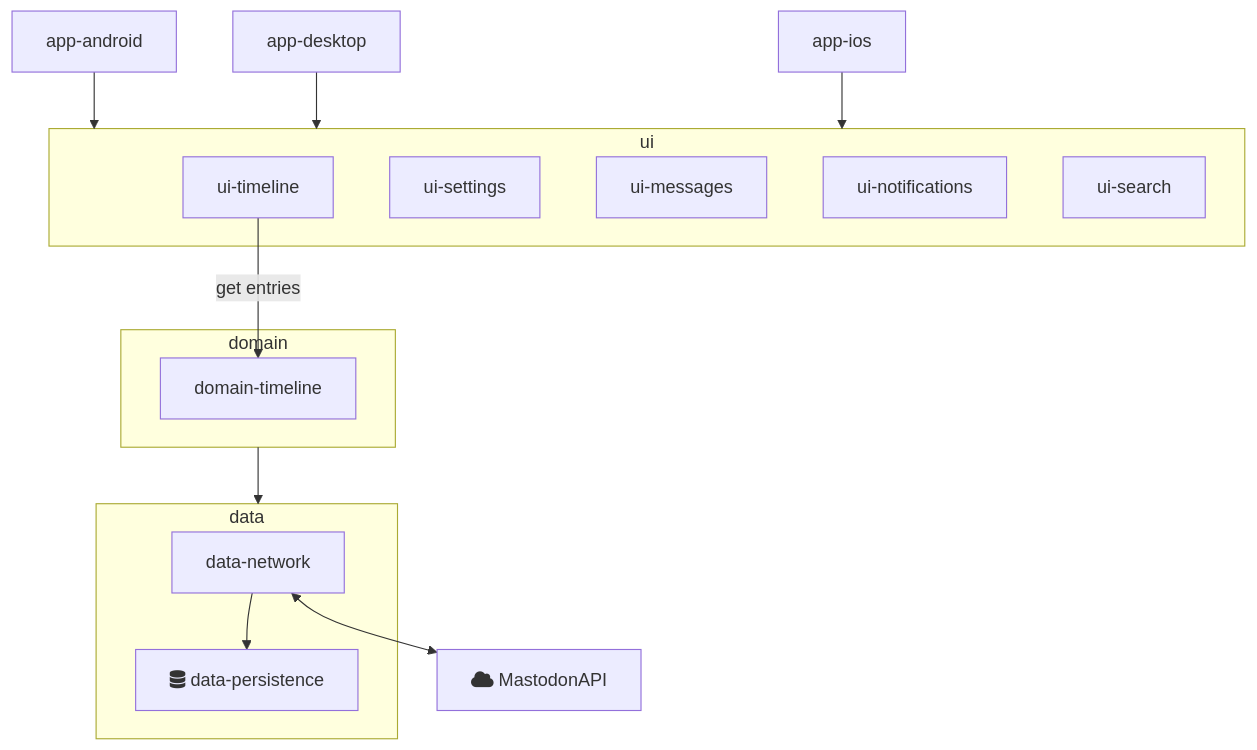
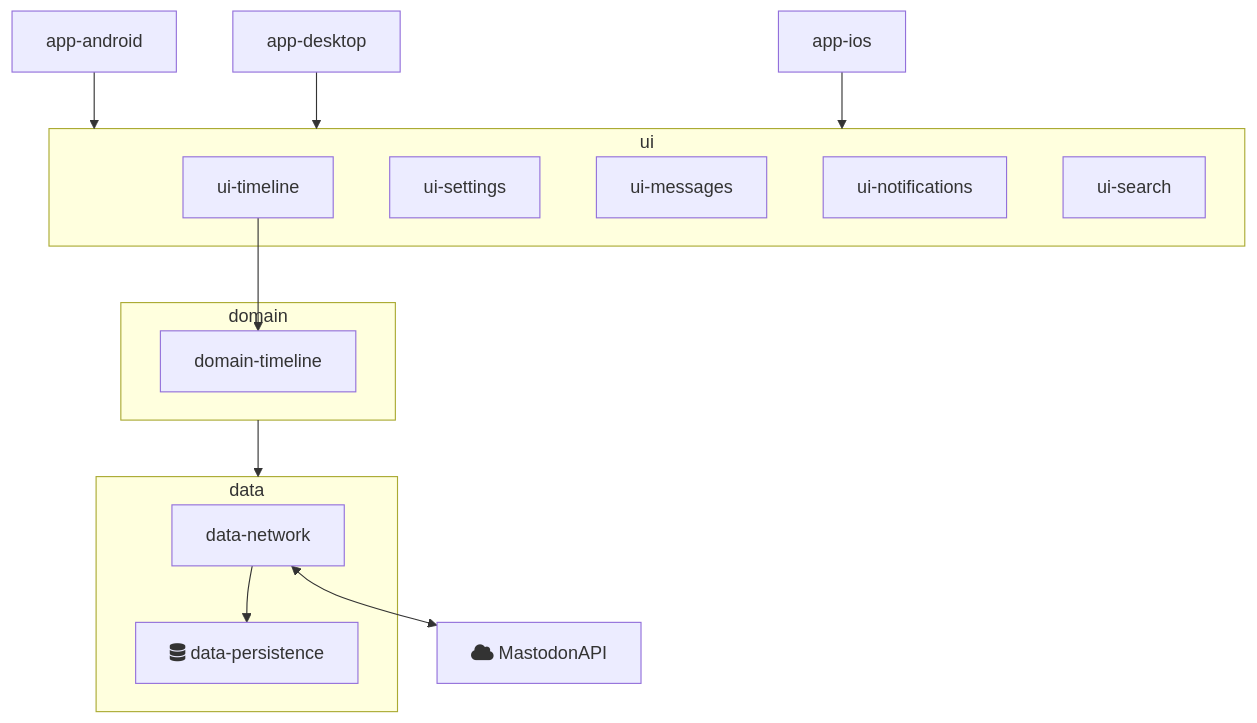
The diagram in README.md (AndroidDev-social/DodoForMastodon), drawn with Mermaid before and after one commit.

Commit message:
try to fix render issue

````diff
--- a/README.md
+++ b/README.md
@@ -44,31 +44,35 @@
 ```mermaid
-graph TD;
-    A[app-android] --> ui;
-    B[app-desktop] --> ui;
-    C[app-ios] --> ui;
+flowchart TD
+    android[app-android]
+    desktop[app-desktop]
+    ios[app-ios]
 
-    ui-timeline --> |get entries| domain-timeline;
+    android --> ui
+    desktop --> ui
+    ios --> ui
+
+    ui-timeline --> domain-timeline
 
     subgraph ui
         ui-timeline
         ui-settings
         ui-messages
         ui-notifications
         ui-search
     end
     
     subgraph domain
         domain-timeline
     end
 
     subgraph data
         data-network
         data-persistence
     end
 
-    domain --> data;
+    domain --> data
 
-    data-network --> data-persistence[fa:fa-database data-persistence];
+    data-network --> data-persistence[fa:fa-database data-persistence]
 
-    data-network <--> Y[fa:fa-cloud MastodonAPI];
+    data-network <--> Y[fa:fa-cloud MastodonAPI]
 ```
````
